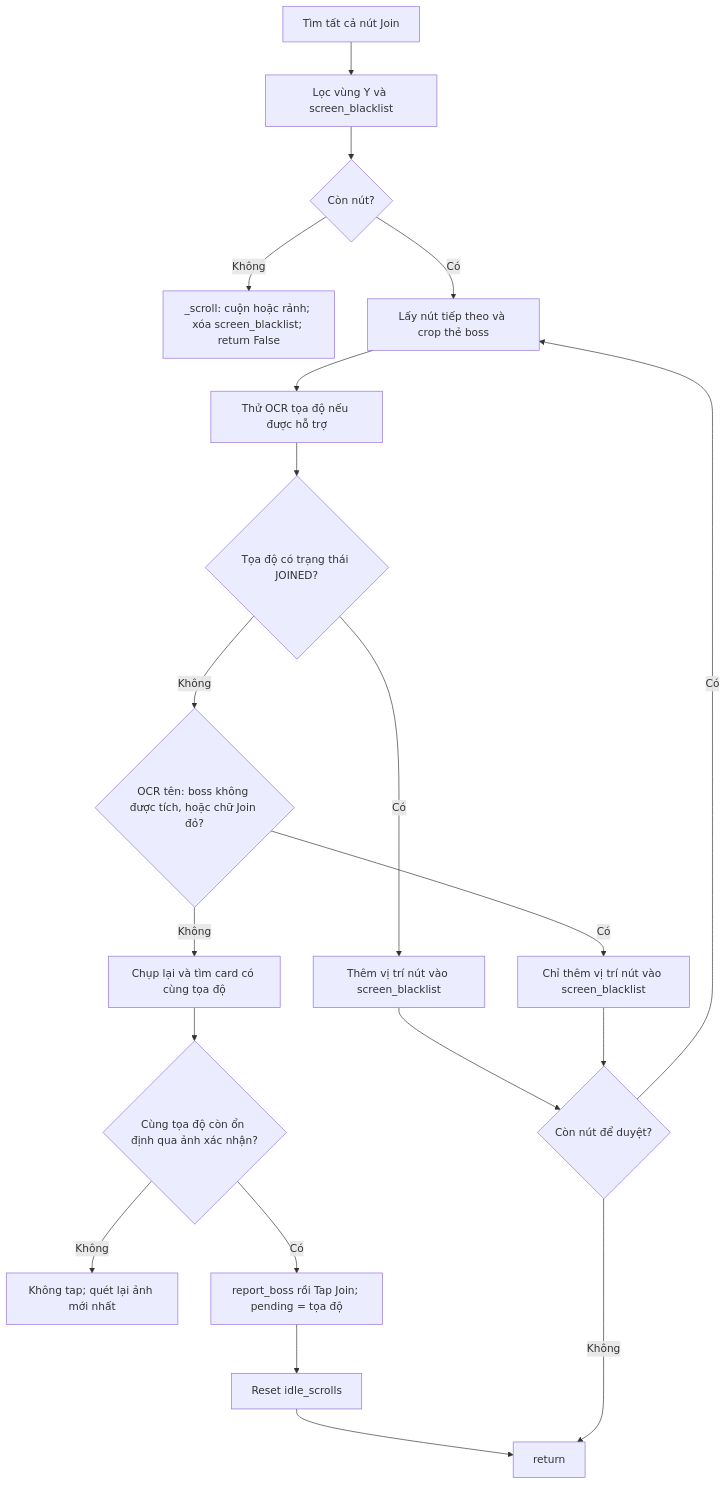
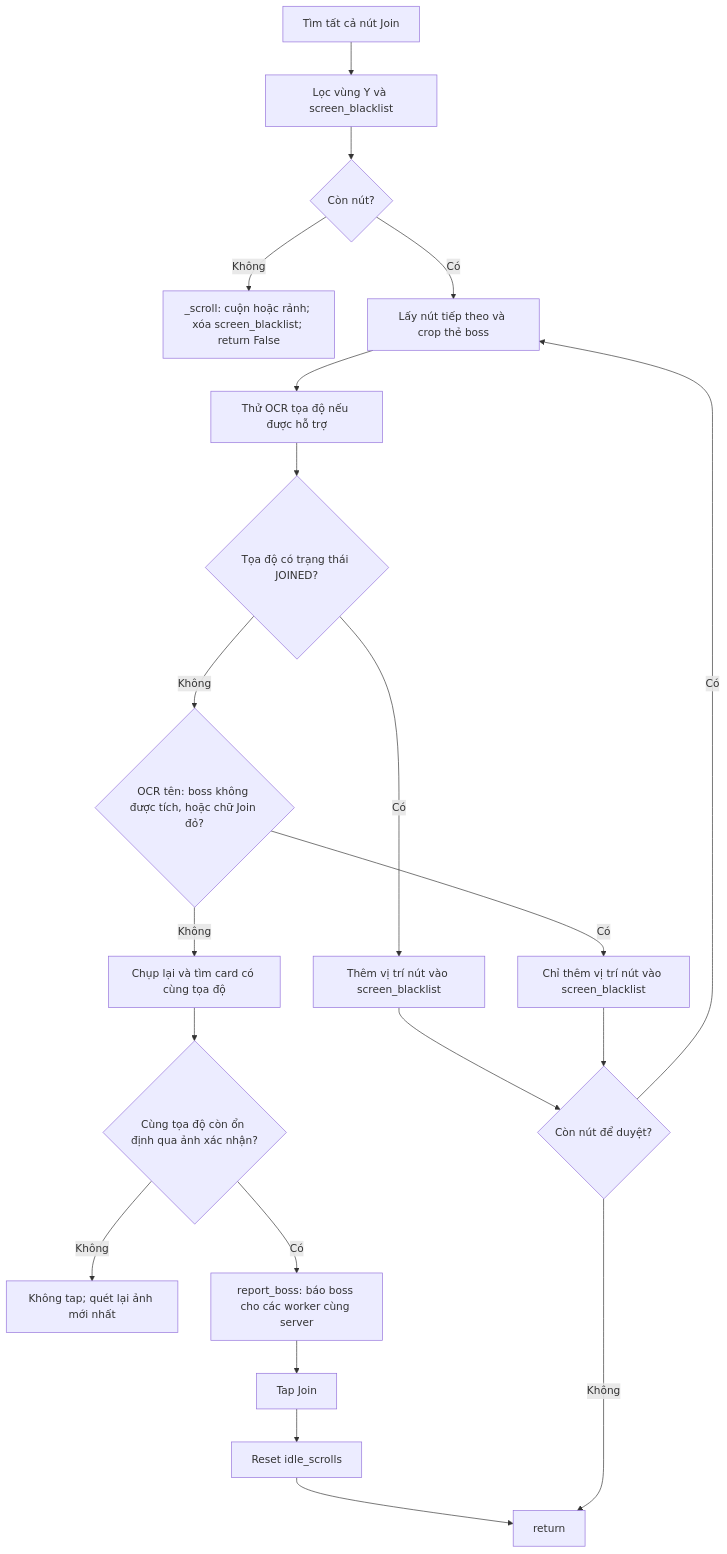
Before and after one commit to Hoangkz/EvonyBot: the second of 2 diagrams in bot/activities/join_monster_war/FLOW.md, drawn with Mermaid. The commit also changed other lines of this file and 6 other files, not shown here.

First line of the commit message:
fix(join-boss): verify actual march target before remembering

````diff
--- a/bot/activities/join_monster_war/FLOW.md
+++ b/bot/activities/join_monster_war/FLOW.md
@@ -95,22 +95,23 @@
 ```mermaid
 flowchart TD
     A[Tìm tất cả nút Join] --> B[Lọc vùng Y và screen_blacklist]
     B --> C{Còn nút?}
     C -->|Không| D[_scroll: cuộn hoặc rảnh; xóa screen_blacklist; return False]
     C -->|Có| E[Lấy nút tiếp theo và crop thẻ boss]
     E --> F[Thử OCR tọa độ nếu được hỗ trợ]
     F --> G{Tọa độ có trạng thái JOINED?}
     G -->|Có| H[Thêm vị trí nút vào screen_blacklist]
     G -->|Không| I{OCR tên: boss không được tích, hoặc chữ Join đỏ?}
     I -->|Có| J[Chỉ thêm vị trí nút vào screen_blacklist]
     I -->|Không| K[Chụp lại và tìm card có cùng tọa độ]
     K --> L{Cùng tọa độ còn ổn định qua ảnh xác nhận?}
     L -->|Không| P[Không tap; quét lại ảnh mới nhất]
-    L -->|Có| Q[report_boss rồi Tap Join; pending = tọa độ]
-    Q --> M[Reset idle_scrolls]
+    L -->|Có| Q[report_boss: báo boss cho các worker cùng server]
+    Q --> R[Tap Join]
+    R --> M[Reset idle_scrolls]
     M --> O
     H --> N{Còn nút để duyệt?}
     J --> N
     N -->|Có| E
     N -->|Không| O[return]
 ```
````
